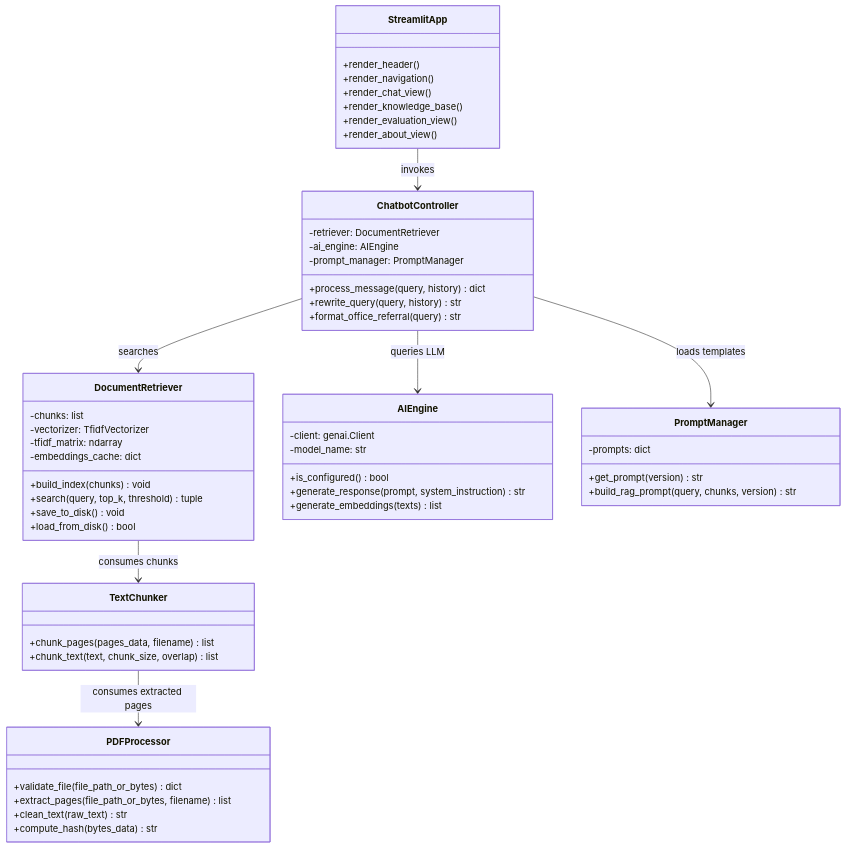
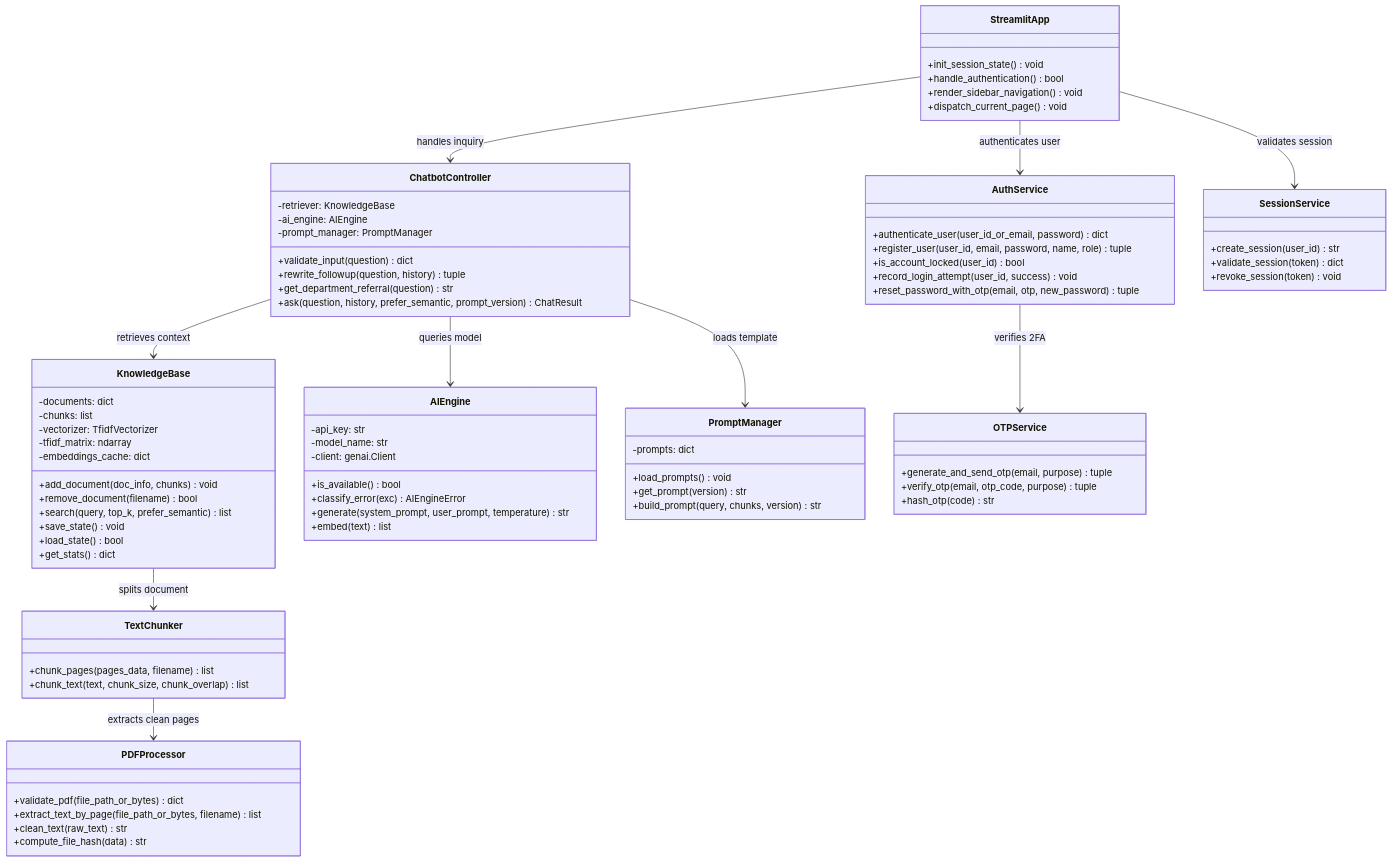
Before and after one commit to Avinash-9931/CampusHelpdeskAssistant: the fourth of 4 diagrams in docs/architecture.md, drawn with Mermaid. The commit also changed other lines of this file, not shown here.

Commit message:
docs: enrich architecture specification with end-to-end topology, sequence flow, and ER model

````diff
--- a/docs/architecture.md
+++ b/docs/architecture.md
@@ -86,64 +242,92 @@
 ```mermaid
 classDiagram
     class StreamlitApp {
-        +render_header()
-        +render_navigation()
-        +render_chat_view()
-        +render_knowledge_base()
-        +render_evaluation_view()
-        +render_about_view()
+        +init_session_state() void
+        +handle_authentication() bool
+        +render_sidebar_navigation() void
+        +dispatch_current_page() void
     }
 
     class ChatbotController {
-        -retriever: DocumentRetriever
+        -retriever: KnowledgeBase
         -ai_engine: AIEngine
         -prompt_manager: PromptManager
-        +process_message(query, history) dict
-        +rewrite_query(query, history) str
-        +format_office_referral(query) str
+        +validate_input(question) dict
+        +rewrite_followup(question, history) tuple
+        +get_department_referral(question) str
+        +ask(question, history, prefer_semantic, prompt_version) ChatResult
     }
 
-    class DocumentRetriever {
+    class KnowledgeBase {
+        -documents: dict
         -chunks: list
         -vectorizer: TfidfVectorizer
         -tfidf_matrix: ndarray
         -embeddings_cache: dict
-        +build_index(chunks) void
-        +search(query, top_k, threshold) tuple
-        +save_to_disk() void
-        +load_from_disk() bool
+        +add_document(doc_info, chunks) void
+        +remove_document(filename) bool
+        +search(query, top_k, prefer_semantic) list
+        +save_state() void
+        +load_state() bool
+        +get_stats() dict
     }
 
     class PDFProcessor {
-        +validate_file(file_path_or_bytes) dict
-        +extract_pages(file_path_or_bytes, filename) list
+        +validate_pdf(file_path_or_bytes) dict
+        +extract_text_by_page(file_path_or_bytes, filename) list
         +clean_text(raw_text) str
-        +compute_hash(bytes_data) str
+        +compute_file_hash(data) str
     }
 
     class TextChunker {
         +chunk_pages(pages_data, filename) list
-        +chunk_text(text, chunk_size, overlap) list
+        +chunk_text(text, chunk_size, chunk_overlap) list
     }
 
     class AIEngine {
+        -api_key: str
+        -model_name: str
         -client: genai.Client
-        -model_name: str
-        +is_configured() bool
-        +generate_response(prompt, system_instruction) str
-        +generate_embeddings(texts) list
+        +is_available() bool
+        +classify_error(exc) AIEngineError
+        +generate(system_prompt, user_prompt, temperature) str
+        +embed(text) list
     }
 
     class PromptManager {
         -prompts: dict
+        +load_prompts() void
         +get_prompt(version) str
-        +build_rag_prompt(query, chunks, version) str
+        +build_prompt(query, chunks, version) str
     }
 
-    StreamlitApp --> ChatbotController : invokes
-    ChatbotController --> DocumentRetriever : searches
-    ChatbotController --> AIEngine : queries LLM
-    ChatbotController --> PromptManager : loads templates
-    DocumentRetriever --> TextChunker : consumes chunks
-    TextChunker --> PDFProcessor : consumes extracted pages
+    class AuthService {
+        +authenticate_user(user_id_or_email, password) dict
+        +register_user(user_id, email, password, name, role) tuple
+        +is_account_locked(user_id) bool
+        +record_login_attempt(user_id, success) void
+        +reset_password_with_otp(email, otp, new_password) tuple
+    }
+
+    class OTPService {
+        +generate_and_send_otp(email, purpose) tuple
+        +verify_otp(email, otp_code, purpose) tuple
+        +hash_otp(code) str
+    }
+
+    class SessionService {
+        +create_session(user_id) str
+        +validate_session(token) dict
+        +revoke_session(token) void
+    }
+
+    StreamlitApp --> AuthService : authenticates user
+    StreamlitApp --> SessionService : validates session
+    AuthService --> OTPService : verifies 2FA
+    StreamlitApp --> ChatbotController : handles inquiry
+    ChatbotController --> KnowledgeBase : retrieves context
+    ChatbotController --> PromptManager : loads template
+    ChatbotController --> AIEngine : queries model
+    KnowledgeBase --> TextChunker : splits document
+    TextChunker --> PDFProcessor : extracts clean pages
 ```
````
